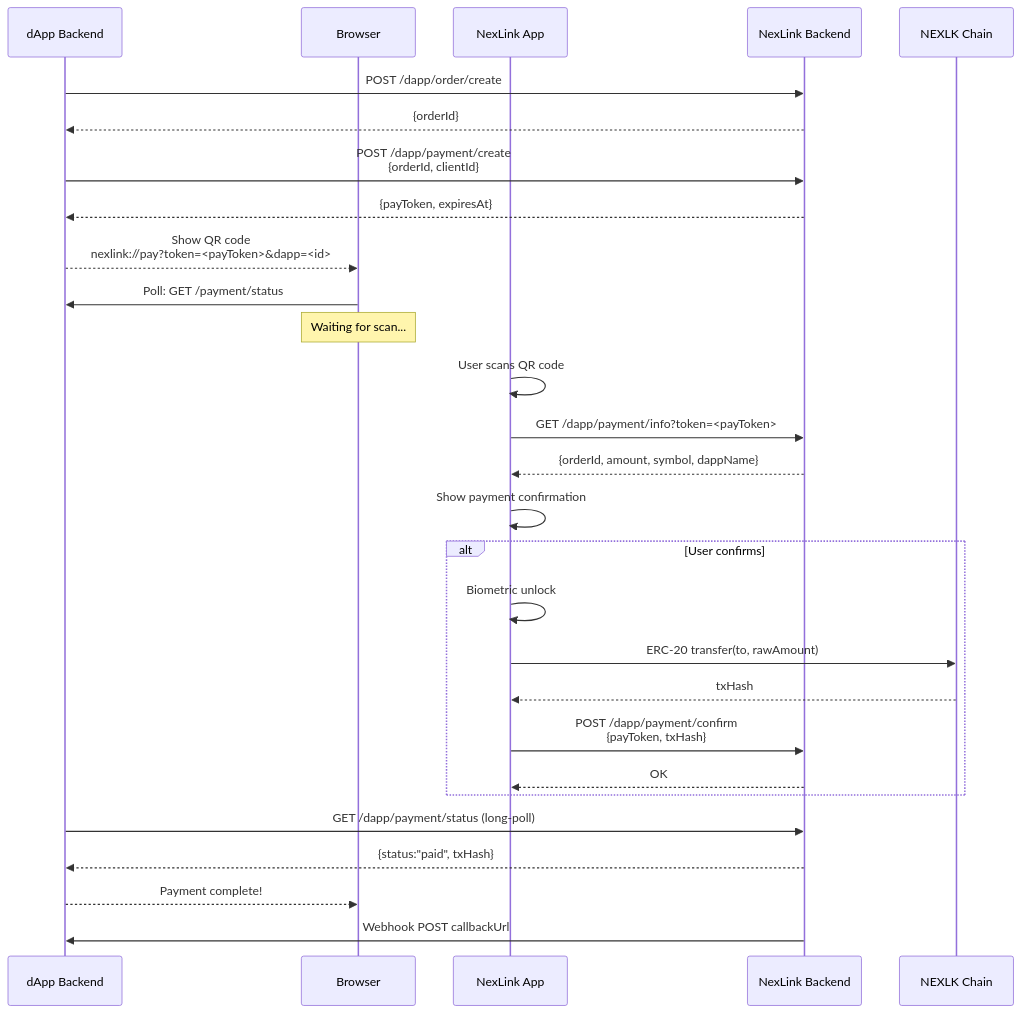
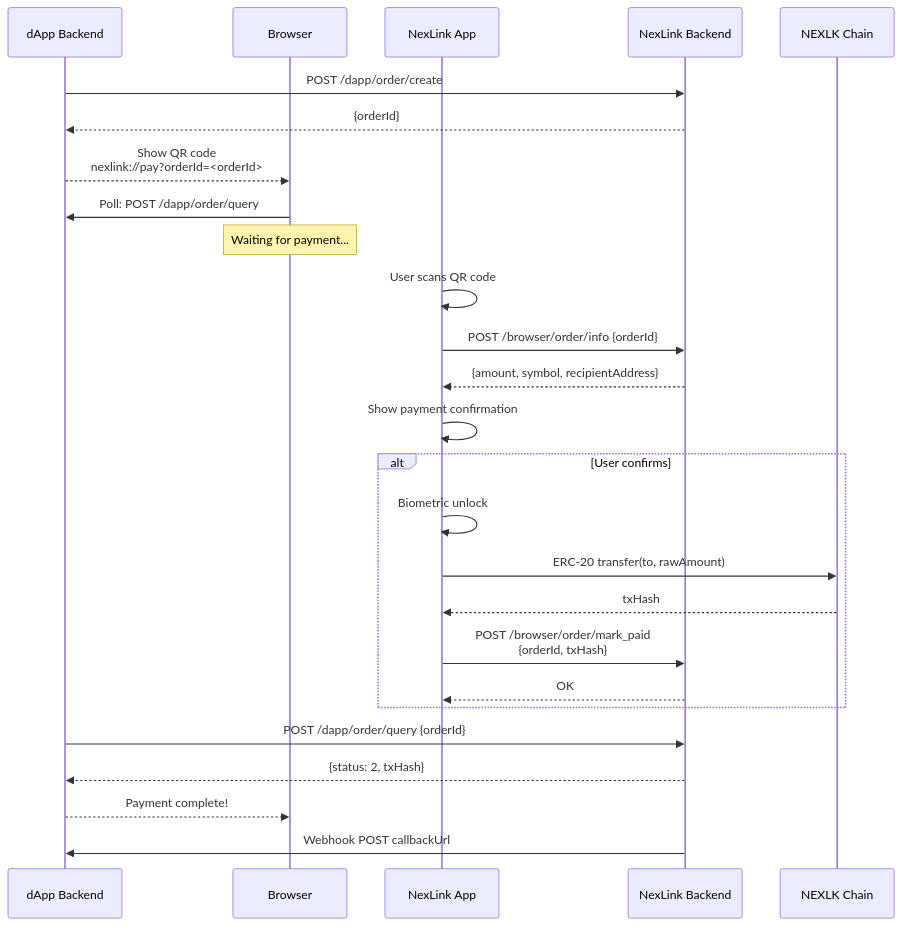
One commit to nexlink-dapp/dapp-docs changed the fourth of 6 diagrams in PAYMENT.md. Above: the diagram before and after it, drawn with Mermaid. The commit also changed other lines of this file and 4 other files, not shown here.

````diff
--- a/PAYMENT.md
+++ b/PAYMENT.md
@@ -268,36 +302,34 @@
 ```mermaid
 sequenceDiagram
     participant DB as dApp Backend
     participant BR as Browser
     participant NL as NexLink App
     participant NB as NexLink Backend
     participant Chain as NEXLK Chain
 
     DB->>NB: POST /dapp/order/create
     NB-->>DB: {orderId}
-    DB->>NB: POST /dapp/payment/create<br/>{orderId, clientId}
-    NB-->>DB: {payToken, expiresAt}
 
-    DB-->>BR: Show QR code<br/>nexlink://pay?token=<payToken>&dapp=<id>
+    DB-->>BR: Show QR code<br/>nexlink://pay?orderId=<orderId>
 
-    BR->>DB: Poll: GET /payment/status
-    Note over BR: Waiting for scan...
+    BR->>DB: Poll: POST /dapp/order/query
+    Note over BR: Waiting for payment...
 
     NL->>NL: User scans QR code
-    NL->>NB: GET /dapp/payment/info?token=<payToken>
-    NB-->>NL: {orderId, amount, symbol, dappName}
+    NL->>NB: POST /browser/order/info {orderId}
+    NB-->>NL: {amount, symbol, recipientAddress}
     NL->>NL: Show payment confirmation
 
     alt User confirms
         NL->>NL: Biometric unlock
         NL->>Chain: ERC-20 transfer(to, rawAmount)
         Chain-->>NL: txHash
-        NL->>NB: POST /dapp/payment/confirm<br/>{payToken, txHash}
+        NL->>NB: POST /browser/order/mark_paid<br/>{orderId, txHash}
         NB-->>NL: OK
     end
 
-    DB->>NB: GET /dapp/payment/status (long-poll)
-    NB-->>DB: {status:"paid", txHash}
+    DB->>NB: POST /dapp/order/query {orderId}
+    NB-->>DB: {status: 2, txHash}
     DB-->>BR: Payment complete!
     NB->>DB: Webhook POST callbackUrl
 ```
````
